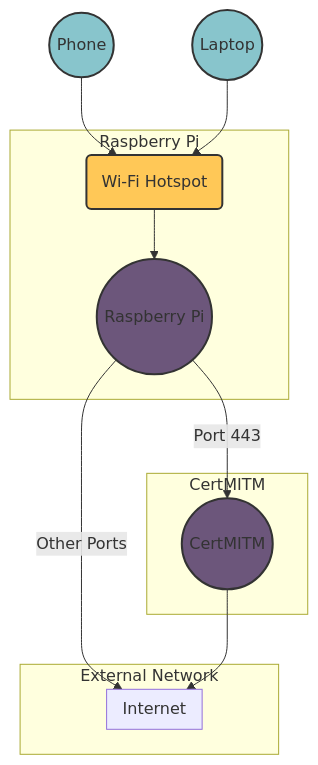
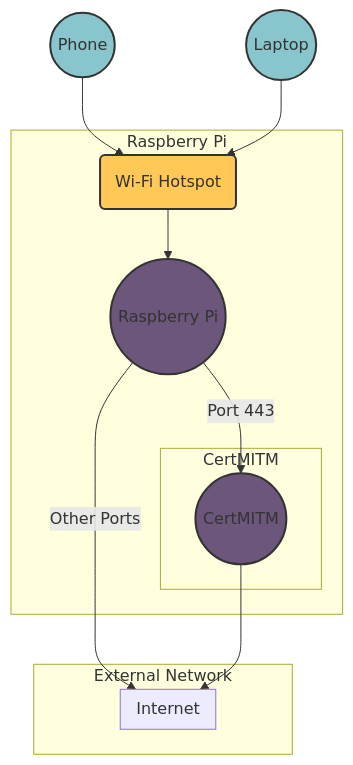
Before and after one commit to HenryPol14/CloudAndNetworkSecurity: the second of 2 diagrams in 3. Network Protocols/README.md, drawn with Mermaid.

````diff
--- a/3. Network Protocols/README.md
+++ b/3. Network Protocols/README.md
@@ -510,25 +510,25 @@
 ```mermaid
 graph TD;
     subgraph "External Network"
         subgraph "Internet"
             end
         end
     subgraph "Raspberry Pi"
         pi((Raspberry Pi))
         wifi(Wi-Fi Hotspot)
-    end
-    subgraph "CertMITM"
-        certmitm((CertMITM))
+        subgraph "CertMITM"
+            certmitm((CertMITM))
+        end
     end
     phone((Phone)) --> wifi
     laptop((Laptop)) --> wifi
     wifi --> pi
     pi -->|Port 443| certmitm
     pi -->|Other Ports| Internet
     certmitm --> Internet
     style phone fill:#88C5CC,stroke:#333,stroke-width:2px;
     style laptop fill:#88C5CC,stroke:#333,stroke-width:2px;
     style wifi fill:#FFC857,stroke:#333,stroke-width:2px;
     style pi fill:#6C567B,stroke:#333,stroke-width:2px;
     style certmitm fill:#6C567B,stroke:#333,stroke-width:2px;
 ```
````
